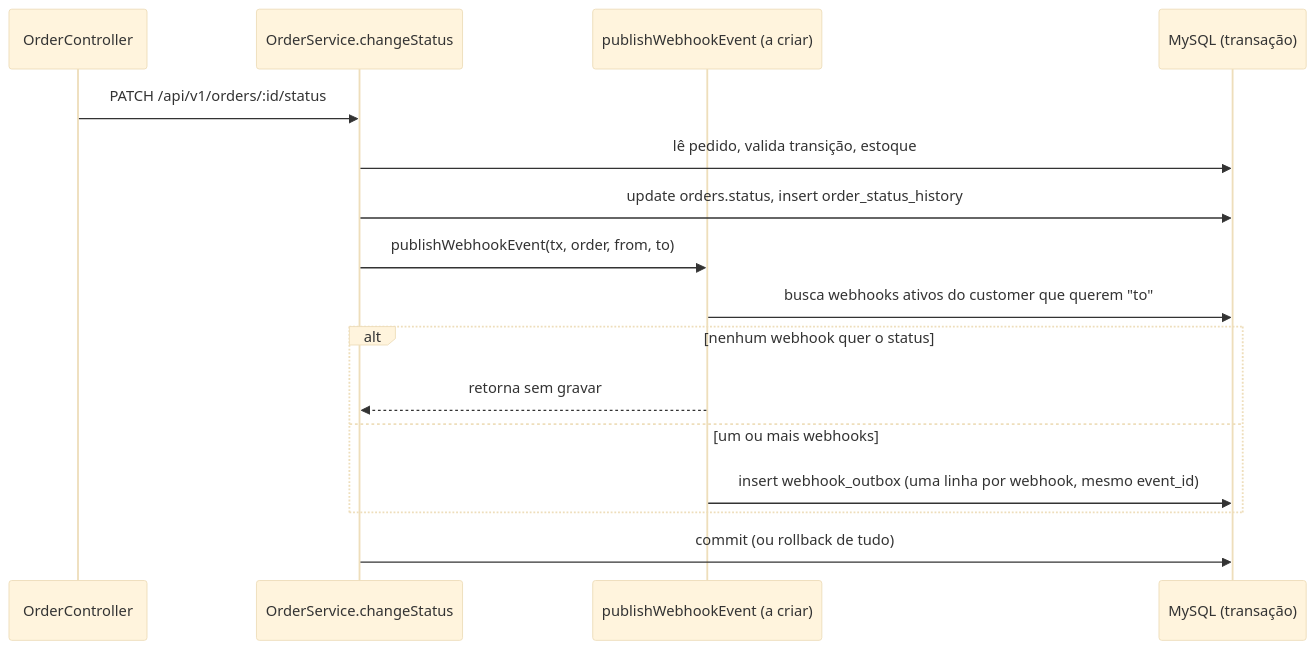
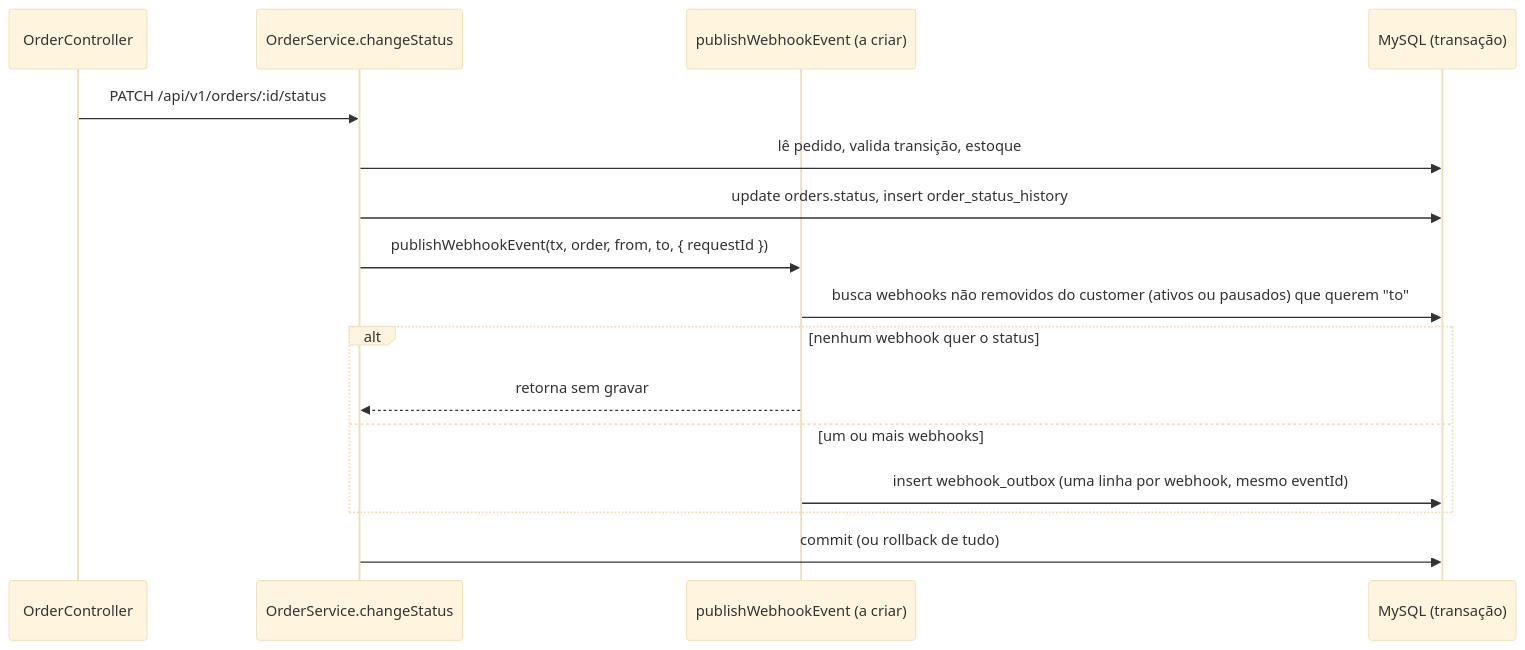
The first of 2 diagrams in docs/FDD.md (ElderGil/design-docs-webhooks-pedidos), drawn with Mermaid (base theme) before and after one commit. The commit also changed other lines of this file and 2 other files, not shown here.

````diff
--- a/docs/FDD.md
+++ b/docs/FDD.md
@@ -71,18 +91,18 @@
 ```mermaid
 sequenceDiagram
   participant C as OrderController
   participant S as OrderService.changeStatus
   participant P as publishWebhookEvent (a criar)
   participant DB as MySQL (transação)
   C->>S: PATCH /api/v1/orders/:id/status
   S->>DB: lê pedido, valida transição, estoque
   S->>DB: update orders.status, insert order_status_history
-  S->>P: publishWebhookEvent(tx, order, from, to)
-  P->>DB: busca webhooks ativos do customer que querem "to"
+  S->>P: publishWebhookEvent(tx, order, from, to, { requestId })
+  P->>DB: busca webhooks não removidos do customer (ativos ou pausados) que querem "to"
   alt nenhum webhook quer o status
     P-->>S: retorna sem gravar
   else um ou mais webhooks
-    P->>DB: insert webhook_outbox (uma linha por webhook, mesmo event_id)
+    P->>DB: insert webhook_outbox (uma linha por webhook, mesmo eventId)
   end
   S->>DB: commit (ou rollback de tudo)
 ```
````
